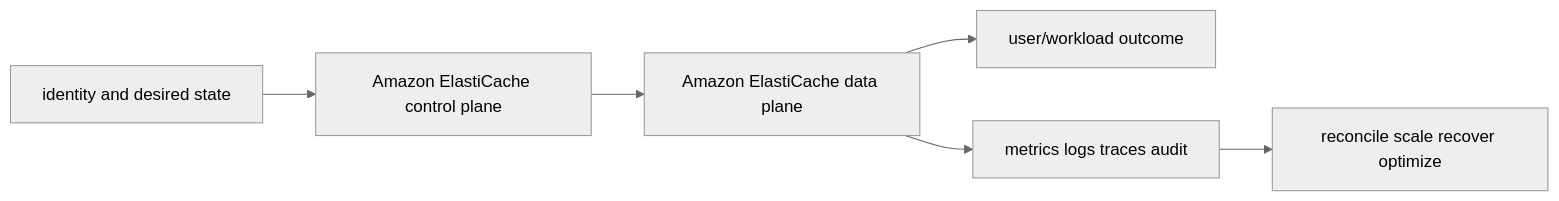
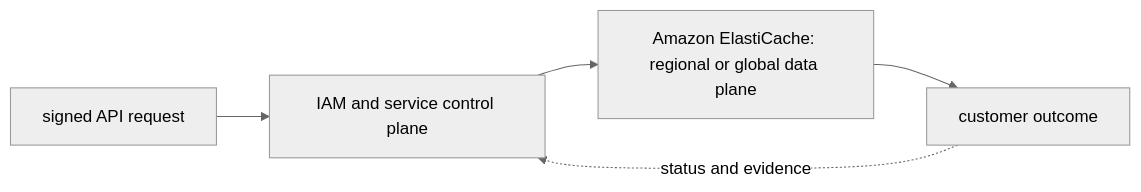
One commit to tomkidumbuyo/DevOps-interview-preparation changed the diagram in 07-aws/07-databases/04-elasticache/README.md. Above: the diagram before and after it, drawn with Mermaid (neutral theme). The commit also changed other lines of this file and 753 other files, not shown here.

````diff
--- a/07-aws/07-databases/04-elasticache/README.md
+++ b/07-aws/07-databases/04-elasticache/README.md
@@ -19,8 +31,7 @@
 ```mermaid
 flowchart LR
-  I[identity and desired state] --> C[Amazon ElastiCache control plane]
-  C --> D[Amazon ElastiCache data plane]
-  D --> U[user/workload outcome]
-  D --> O[metrics logs traces audit]
-  O --> R[reconcile scale recover optimize]
+  A["signed API request"] --> B["IAM and service control plane"]
+  B --> C["Amazon ElastiCache: regional or global data plane"]
+  C --> D["customer outcome"]
+  D -. "status and evidence" .-> B
 ```
````
